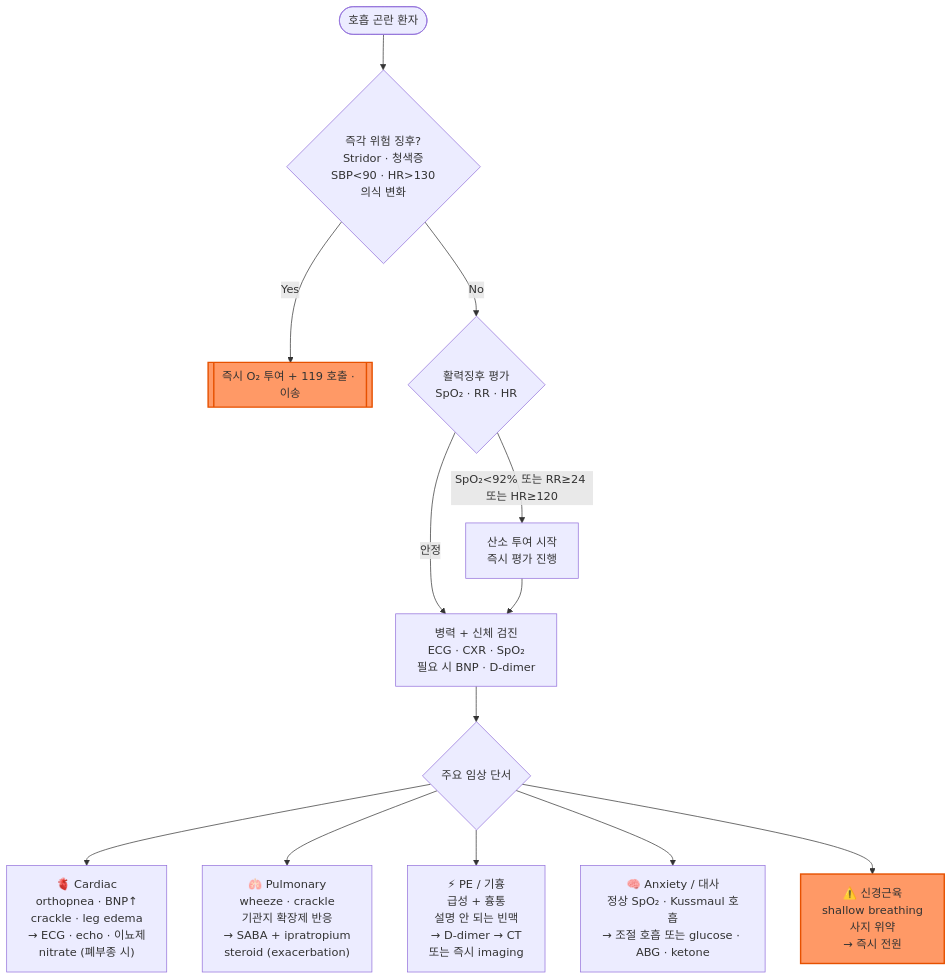
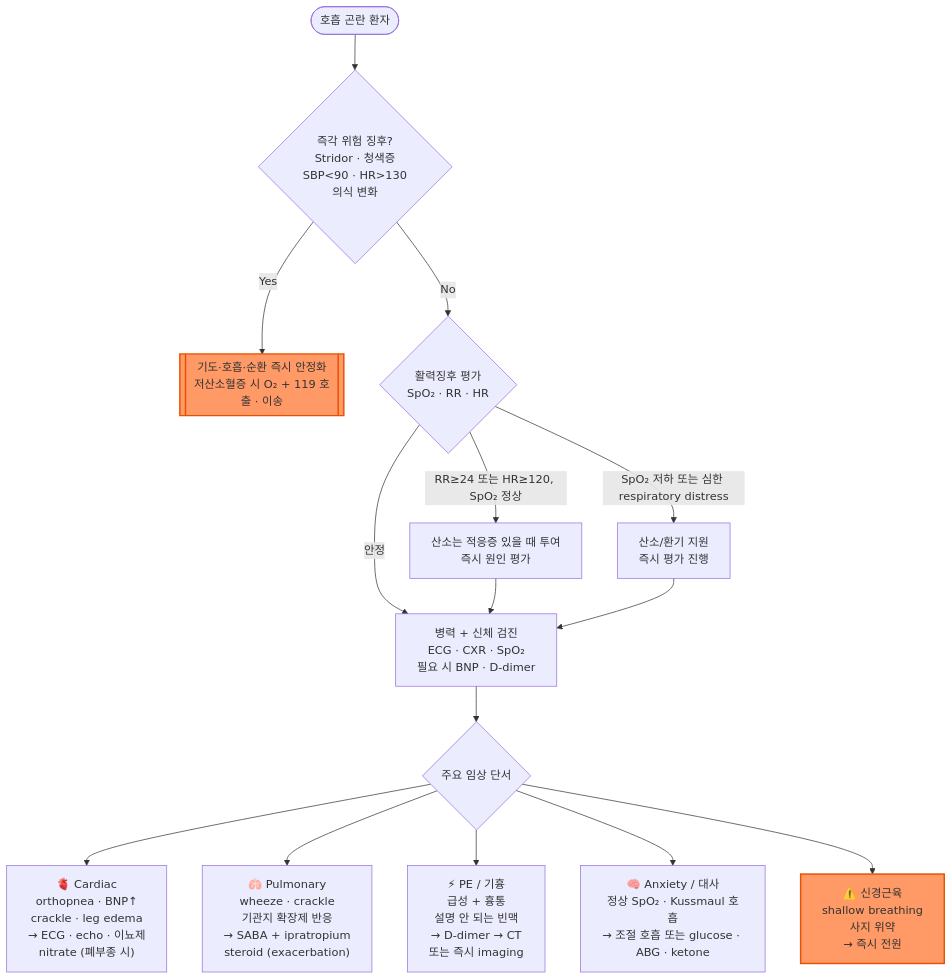
The diagram in 220_/007_-dyspnea.md (familyoh77/familyoh77), drawn with Mermaid before and after one commit. The commit also changed other lines of this file, not shown here.

````diff
--- a/220_/007_-dyspnea.md
+++ b/220_/007_-dyspnea.md
@@ -180,18 +185,20 @@
 ```mermaid
 graph TD
     A([호흡 곤란 환자]) --> B{"즉각 위험 징후?<br/>Stridor · 청색증<br/>SBP<90 · HR>130<br/>의식 변화"}
-    B -->|Yes| C[["즉시 O₂ 투여 + 119 호출 · 이송"]]
+    B -->|Yes| C[["기도·호흡·순환 즉시 안정화<br/>저산소혈증 시 O₂ + 119 호출 · 이송"]]
     B -->|No| D{"활력징후 평가<br/>SpO₂ · RR · HR"}
-    D -->|SpO₂<92% 또는 RR≥24 또는 HR≥120| E["산소 투여 시작<br/>즉시 평가 진행"]
+    D -->|SpO₂ 저하 또는 심한 respiratory distress| E["산소/환기 지원<br/>즉시 평가 진행"]
+    D -->|RR≥24 또는 HR≥120, SpO₂ 정상| M["산소는 적응증 있을 때 투여<br/>즉시 원인 평가"]
     D -->|안정| F["병력 + 신체 검진<br/>ECG · CXR · SpO₂<br/>필요 시 BNP · D-dimer"]
+    M --> F
     E --> F
     F --> G{주요 임상 단서}
     G --> H["🫀 Cardiac<br/>orthopnea · BNP↑<br/>crackle · leg edema<br/>→ ECG · echo · 이뇨제<br/>nitrate (폐부종 시)"]
     G --> I["🫁 Pulmonary<br/>wheeze · crackle<br/>기관지 확장제 반응<br/>→ SABA + ipratropium<br/>steroid (exacerbation)"]
     G --> J["⚡ PE / 기흉<br/>급성 + 흉통<br/>설명 안 되는 빈맥<br/>→ D-dimer → CT<br/>또는 즉시 imaging"]
     G --> K["🧠 Anxiety / 대사<br/>정상 SpO₂ · Kussmaul 호흡<br/>→ 조절 호흡 또는 glucose · ABG · ketone"]
     G --> L["⚠️ 신경근육<br/>shallow breathing<br/>사지 위약<br/>→ 즉시 전원"]
 
     style C fill:#f96,stroke:#e65100,stroke-width:2px
     style L fill:#f96,stroke:#e65100,stroke-width:2px
 ```
````
